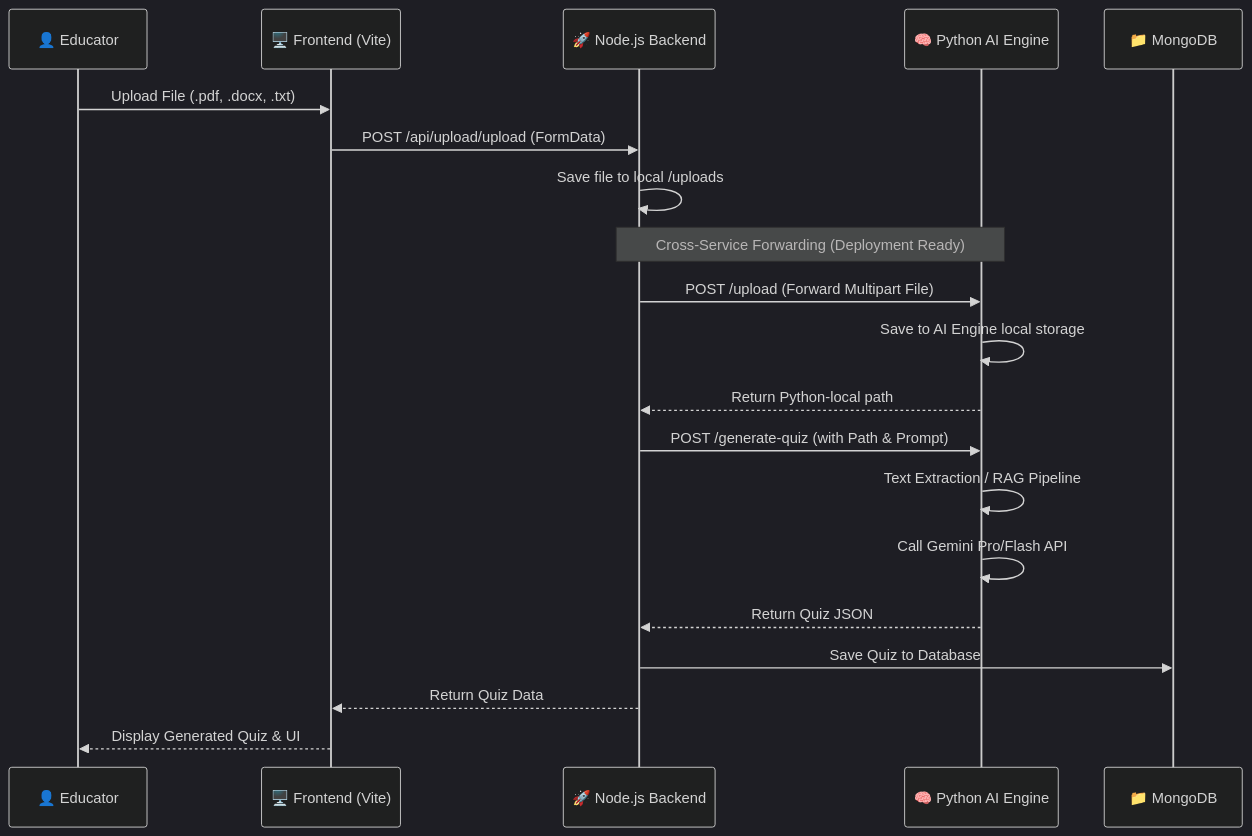
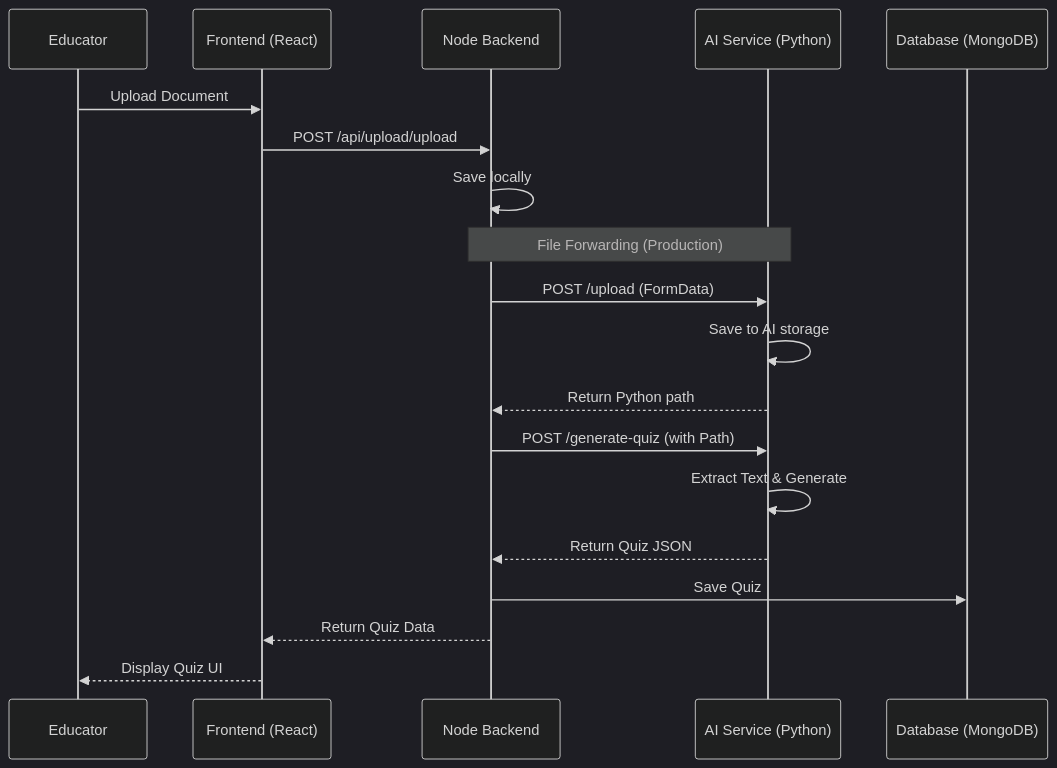
One commit to studentanush/MCQ-GPT changed the diagram in README.md. Above: the diagram before and after it, drawn with Mermaid (dark theme). The commit also changed other lines of this file, not shown here.

Commit message:
readme updated

````diff
--- a/README.md
+++ b/README.md
@@ -141,26 +141,25 @@
 ```mermaid
 sequenceDiagram
-    participant User as 👤 Educator
-    participant FE as 🖥️ Frontend (Vite)
-    participant BE as 🚀 Node.js Backend
-    participant AI as 🧠 Python AI Engine
-    participant DB as 📁 MongoDB
+    participant User as Educator
+    participant FE as Frontend (React)
+    participant BE as Node Backend
+    participant AI as AI Service (Python)
+    participant DB as Database (MongoDB)
 
-    User->>FE: Upload File (.pdf, .docx, .txt)
-    FE->>BE: POST /api/upload/upload (FormData)
-    BE->>BE: Save file to local /uploads
+    User->>FE: Upload Document
+    FE->>BE: POST /api/upload/upload
+    BE->>BE: Save locally
     
-    Note over BE, AI: Cross-Service Forwarding (Deployment Ready)
-    BE->>AI: POST /upload (Forward Multipart File)
-    AI->>AI: Save to AI Engine local storage
-    AI-->>BE: Return Python-local path
+    Note over BE, AI: File Forwarding (Production)
+    BE->>AI: POST /upload (FormData)
+    AI->>AI: Save to AI storage
+    AI-->>BE: Return Python path
 
-    BE->>AI: POST /generate-quiz (with Path & Prompt)
-    AI->>AI: Text Extraction / RAG Pipeline
-    AI->>AI: Call Gemini Pro/Flash API
+    BE->>AI: POST /generate-quiz (with Path)
+    AI->>AI: Extract Text & Generate
     AI-->>BE: Return Quiz JSON
 
-    BE->>DB: Save Quiz to Database
+    BE->>DB: Save Quiz
     BE-->>FE: Return Quiz Data
-    FE-->>User: Display Generated Quiz & UI
+    FE-->>User: Display Quiz UI
 ```
````
